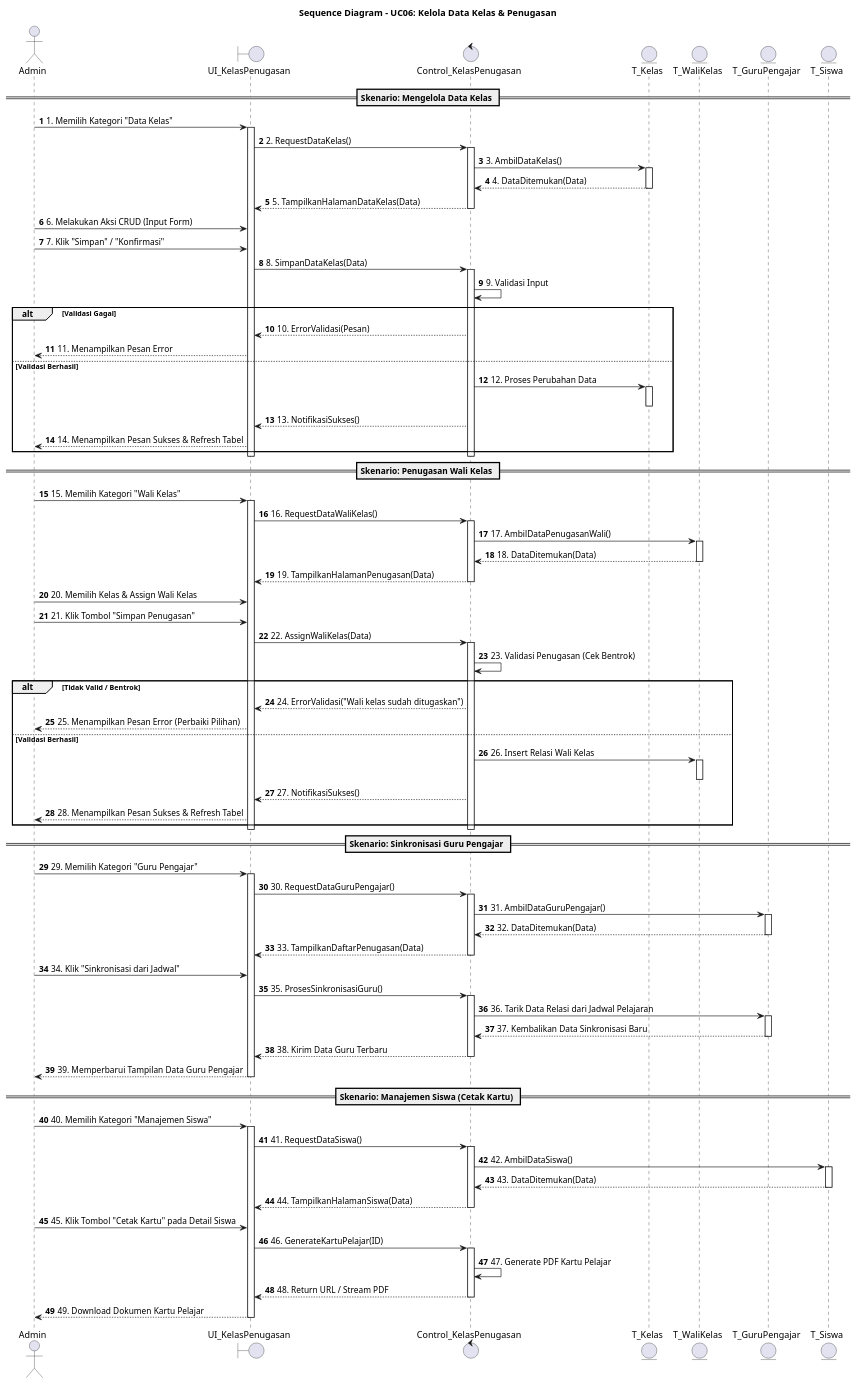
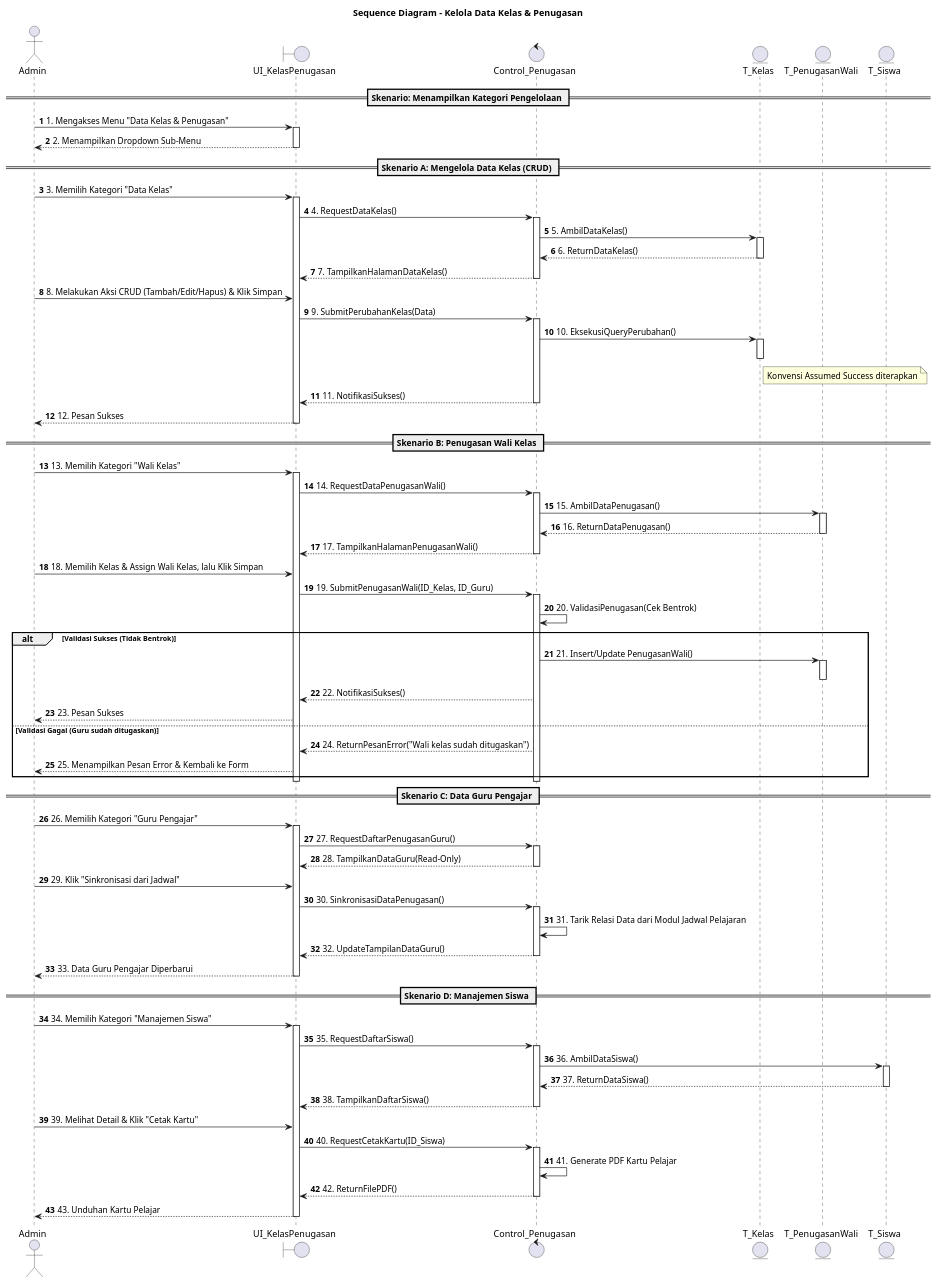
Before and after one commit to shendelzare7sw/sipaduhok: the diagram in docs/flow/sequence-kelola-kelas-penugasan.puml, drawn with PlantUML. The commit also changed 66 other files, not shown here.

```diff
--- a/docs/flow/sequence-kelola-kelas-penugasan.puml
+++ b/docs/flow/sequence-kelola-kelas-penugasan.puml
@@ -1,129 +1,110 @@
 @startuml
-title Sequence Diagram - UC06: Kelola Data Kelas & Penugasan
+title Sequence Diagram - Kelola Data Kelas & Penugasan
 autonumber
 
 actor "Admin" as Admin
 boundary "UI_KelasPenugasan" as UI
-control "Control_KelasPenugasan" as Control
+control "Control_Penugasan" as Control
 entity "T_Kelas" as E_Kelas
-entity "T_WaliKelas" as E_Wali
-entity "T_GuruPengajar" as E_Guru
+entity "T_PenugasanWali" as E_Wali
 entity "T_Siswa" as E_Siswa
 
-== Skenario: Mengelola Data Kelas ==
+== Skenario: Menampilkan Kategori Pengelolaan ==
+Admin -> UI : 1. Mengakses Menu "Data Kelas & Penugasan"
+activate UI
+UI --> Admin : 2. Menampilkan Dropdown Sub-Menu
+deactivate UI
 
-Admin -> UI : 1. Memilih Kategori "Data Kelas"
+== Skenario A: Mengelola Data Kelas (CRUD) ==
+Admin -> UI : 3. Memilih Kategori "Data Kelas"
 activate UI
-UI -> Control : 2. RequestDataKelas()
+UI -> Control : 4. RequestDataKelas()
 activate Control
-Control -> E_Kelas : 3. AmbilDataKelas()
+Control -> E_Kelas : 5. AmbilDataKelas()
 activate E_Kelas
-E_Kelas --> Control : 4. DataDitemukan(Data)
+E_Kelas --> Control : 6. ReturnDataKelas()
 deactivate E_Kelas
-Control --> UI : 5. TampilkanHalamanDataKelas(Data)
+Control --> UI : 7. TampilkanHalamanDataKelas()
 deactivate Control
 
-Admin -> UI : 6. Melakukan Aksi CRUD (Input Form)
-Admin -> UI : 7. Klik "Simpan" / "Konfirmasi"
-UI -> Control : 8. SimpanDataKelas(Data)
+Admin -> UI : 8. Melakukan Aksi CRUD (Tambah/Edit/Hapus) & Klik Simpan
+UI -> Control : 9. SubmitPerubahanKelas(Data)
 activate Control
+Control -> E_Kelas : 10. EksekusiQueryPerubahan()
+activate E_Kelas
+deactivate E_Kelas
+note right of E_Kelas : Konvensi Assumed Success diterapkan
+Control --> UI : 11. NotifikasiSukses()
+deactivate Control
+UI --> Admin : 12. Pesan Sukses
+deactivate UI
 
-Control -> Control : 9. Validasi Input
-alt Validasi Gagal
-    Control --> UI : 10. ErrorValidasi(Pesan)
-    UI --> Admin : 11. Menampilkan Pesan Error
-else Validasi Berhasil
-    Control -> E_Kelas : 12. Proses Perubahan Data
-    activate E_Kelas
-    deactivate E_Kelas
-    
-    Control --> UI : 13. NotifikasiSukses()
-    UI --> Admin : 14. Menampilkan Pesan Sukses & Refresh Tabel
+== Skenario B: Penugasan Wali Kelas ==
+Admin -> UI : 13. Memilih Kategori "Wali Kelas"
+activate UI
+UI -> Control : 14. RequestDataPenugasanWali()
+activate Control
+Control -> E_Wali : 15. AmbilDataPenugasan()
+activate E_Wali
+E_Wali --> Control : 16. ReturnDataPenugasan()
+deactivate E_Wali
+Control --> UI : 17. TampilkanHalamanPenugasanWali()
+deactivate Control
+
+Admin -> UI : 18. Memilih Kelas & Assign Wali Kelas, lalu Klik Simpan
+UI -> Control : 19. SubmitPenugasanWali(ID_Kelas, ID_Guru)
+activate Control
+Control -> Control : 20. ValidasiPenugasan(Cek Bentrok)
+
+alt Validasi Sukses (Tidak Bentrok)
+    Control -> E_Wali : 21. Insert/Update PenugasanWali()
+    activate E_Wali
+    deactivate E_Wali
+    Control --> UI : 22. NotifikasiSukses()
+    UI --> Admin : 23. Pesan Sukses
+else Validasi Gagal (Guru sudah ditugaskan)
+    Control --> UI : 24. ReturnPesanError("Wali kelas sudah ditugaskan")
+    UI --> Admin : 25. Menampilkan Pesan Error & Kembali ke Form
 end
 deactivate Control
 deactivate UI
 
-== Skenario: Penugasan Wali Kelas ==
-
-Admin -> UI : 15. Memilih Kategori "Wali Kelas"
+== Skenario C: Data Guru Pengajar ==
+Admin -> UI : 26. Memilih Kategori "Guru Pengajar"
 activate UI
-UI -> Control : 16. RequestDataWaliKelas()
+UI -> Control : 27. RequestDaftarPenugasanGuru()
 activate Control
-Control -> E_Wali : 17. AmbilDataPenugasanWali()
-activate E_Wali
-E_Wali --> Control : 18. DataDitemukan(Data)
-deactivate E_Wali
-Control --> UI : 19. TampilkanHalamanPenugasan(Data)
+Control --> UI : 28. TampilkanDataGuru(Read-Only)
 deactivate Control
 
-Admin -> UI : 20. Memilih Kelas & Assign Wali Kelas
-Admin -> UI : 21. Klik Tombol "Simpan Penugasan"
-UI -> Control : 22. AssignWaliKelas(Data)
+Admin -> UI : 29. Klik "Sinkronisasi dari Jadwal"
+UI -> Control : 30. SinkronisasiDataPenugasan()
 activate Control
-
-Control -> Control : 23. Validasi Penugasan (Cek Bentrok)
-alt Tidak Valid / Bentrok
-    Control --> UI : 24. ErrorValidasi("Wali kelas sudah ditugaskan")
-    UI --> Admin : 25. Menampilkan Pesan Error (Perbaiki Pilihan)
-else Validasi Berhasil
-    Control -> E_Wali : 26. Insert Relasi Wali Kelas
-    activate E_Wali
-    deactivate E_Wali
-    
-    Control --> UI : 27. NotifikasiSukses()
-    UI --> Admin : 28. Menampilkan Pesan Sukses & Refresh Tabel
-end
+Control -> Control : 31. Tarik Relasi Data dari Modul Jadwal Pelajaran
+Control --> UI : 32. UpdateTampilanDataGuru()
 deactivate Control
+UI --> Admin : 33. Data Guru Pengajar Diperbarui
 deactivate UI
 
-== Skenario: Sinkronisasi Guru Pengajar ==
-
-Admin -> UI : 29. Memilih Kategori "Guru Pengajar"
+== Skenario D: Manajemen Siswa ==
+Admin -> UI : 34. Memilih Kategori "Manajemen Siswa"
 activate UI
-UI -> Control : 30. RequestDataGuruPengajar()
+UI -> Control : 35. RequestDaftarSiswa()
 activate Control
-Control -> E_Guru : 31. AmbilDataGuruPengajar()
-activate E_Guru
-E_Guru --> Control : 32. DataDitemukan(Data)
-deactivate E_Guru
-Control --> UI : 33. TampilkanDaftarPenugasan(Data)
+Control -> E_Siswa : 36. AmbilDataSiswa()
+activate E_Siswa
+E_Siswa --> Control : 37. ReturnDataSiswa()
+deactivate E_Siswa
+Control --> UI : 38. TampilkanDaftarSiswa()
 deactivate Control
 
-Admin -> UI : 34. Klik "Sinkronisasi dari Jadwal"
-UI -> Control : 35. ProsesSinkronisasiGuru()
+Admin -> UI : 39. Melihat Detail & Klik "Cetak Kartu"
+UI -> Control : 40. RequestCetakKartu(ID_Siswa)
 activate Control
-
-Control -> E_Guru : 36. Tarik Data Relasi dari Jadwal Pelajaran
-activate E_Guru
-E_Guru --> Control : 37. Kembalikan Data Sinkronisasi Baru
-deactivate E_Guru
-
-Control --> UI : 38. Kirim Data Guru Terbaru
+Control -> Control : 41. Generate PDF Kartu Pelajar
+Control --> UI : 42. ReturnFilePDF()
 deactivate Control
-UI --> Admin : 39. Memperbarui Tampilan Data Guru Pengajar
-deactivate UI
-
-== Skenario: Manajemen Siswa (Cetak Kartu) ==
-
-Admin -> UI : 40. Memilih Kategori "Manajemen Siswa"
-activate UI
-UI -> Control : 41. RequestDataSiswa()
-activate Control
-Control -> E_Siswa : 42. AmbilDataSiswa()
-activate E_Siswa
-E_Siswa --> Control : 43. DataDitemukan(Data)
-deactivate E_Siswa
-Control --> UI : 44. TampilkanHalamanSiswa(Data)
-deactivate Control
-
-Admin -> UI : 45. Klik Tombol "Cetak Kartu" pada Detail Siswa
-UI -> Control : 46. GenerateKartuPelajar(ID)
-activate Control
-
-Control -> Control : 47. Generate PDF Kartu Pelajar
-Control --> UI : 48. Return URL / Stream PDF
-deactivate Control
-UI --> Admin : 49. Download Dokumen Kartu Pelajar
+UI --> Admin : 43. Unduhan Kartu Pelajar
 deactivate UI
 
 @enduml
```
